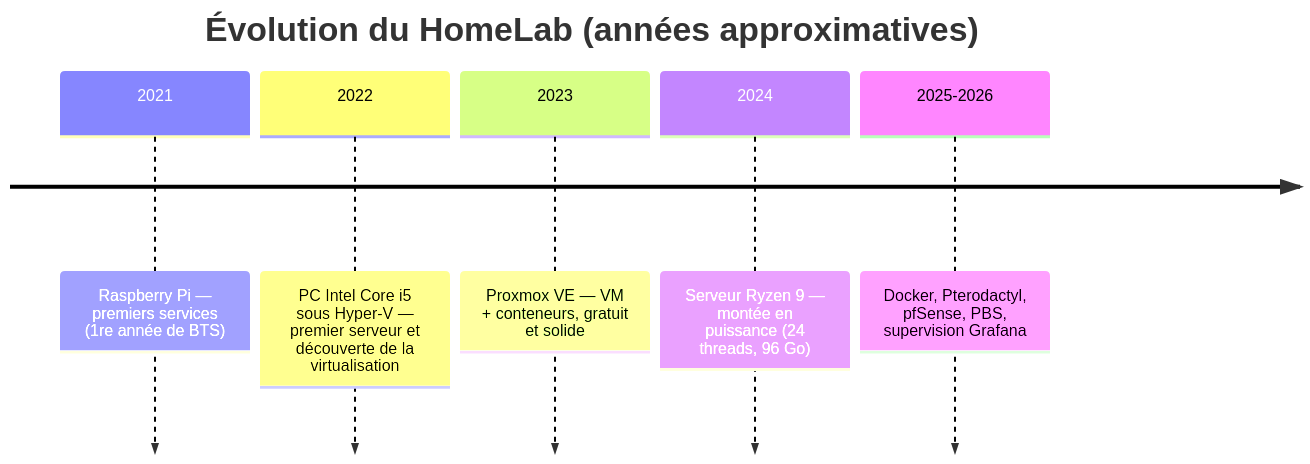
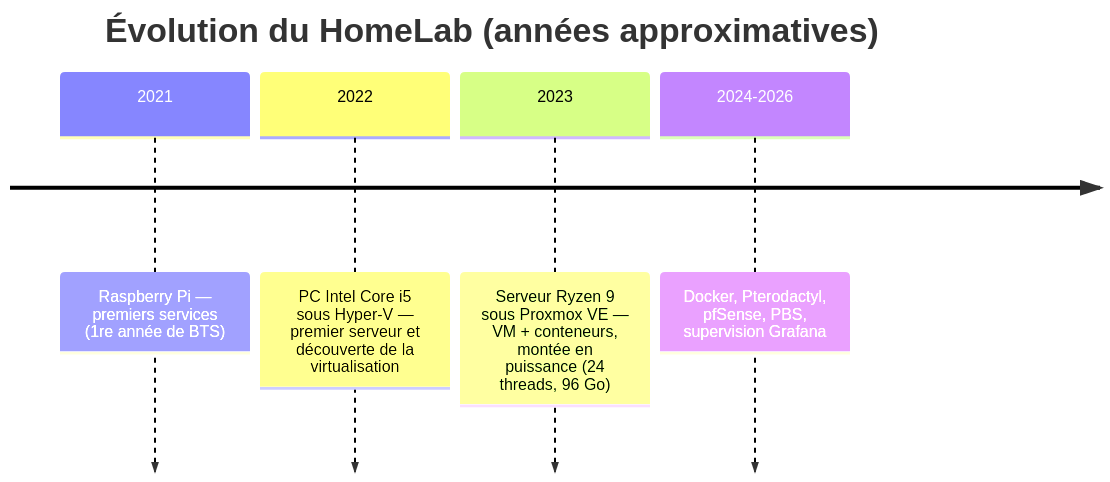
Before and after one commit to Lightshadow02/HomeLab: the diagram in docs/08-historique.md, drawn with Mermaid.

Commit message:
Historique : Proxmox et serveur Ryzen 9 regroupés en une étape
Claude-Session: https://claude.ai/code/session_01Cx4UYfmER9997BzPg8eLcr

````diff
--- a/docs/08-historique.md
+++ b/docs/08-historique.md
@@ -9,9 +9,8 @@
 ```mermaid
 timeline
     title Évolution du HomeLab (années approximatives)
     2021 : Raspberry Pi — premiers services (1re année de BTS)
     2022 : PC Intel Core i5 sous Hyper-V — premier serveur et découverte de la virtualisation
-    2023 : Proxmox VE — VM + conteneurs, gratuit et solide
-    2024 : Serveur Ryzen 9 — montée en puissance (24 threads, 96 Go)
-    2025-2026 : Docker, Pterodactyl, pfSense, PBS, supervision Grafana
+    2023 : Serveur Ryzen 9 sous Proxmox VE — VM + conteneurs, montée en puissance (24 threads, 96 Go)
+    2024-2026 : Docker, Pterodactyl, pfSense, PBS, supervision Grafana
 ```
````
